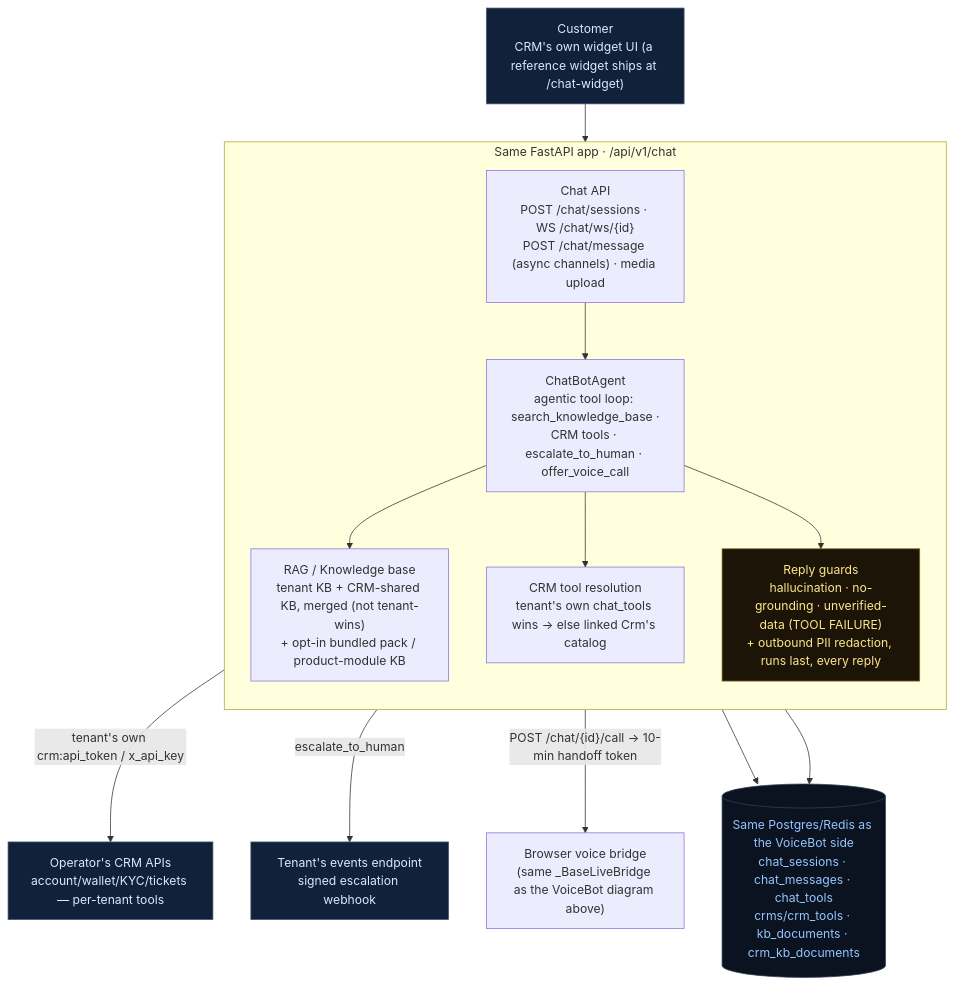
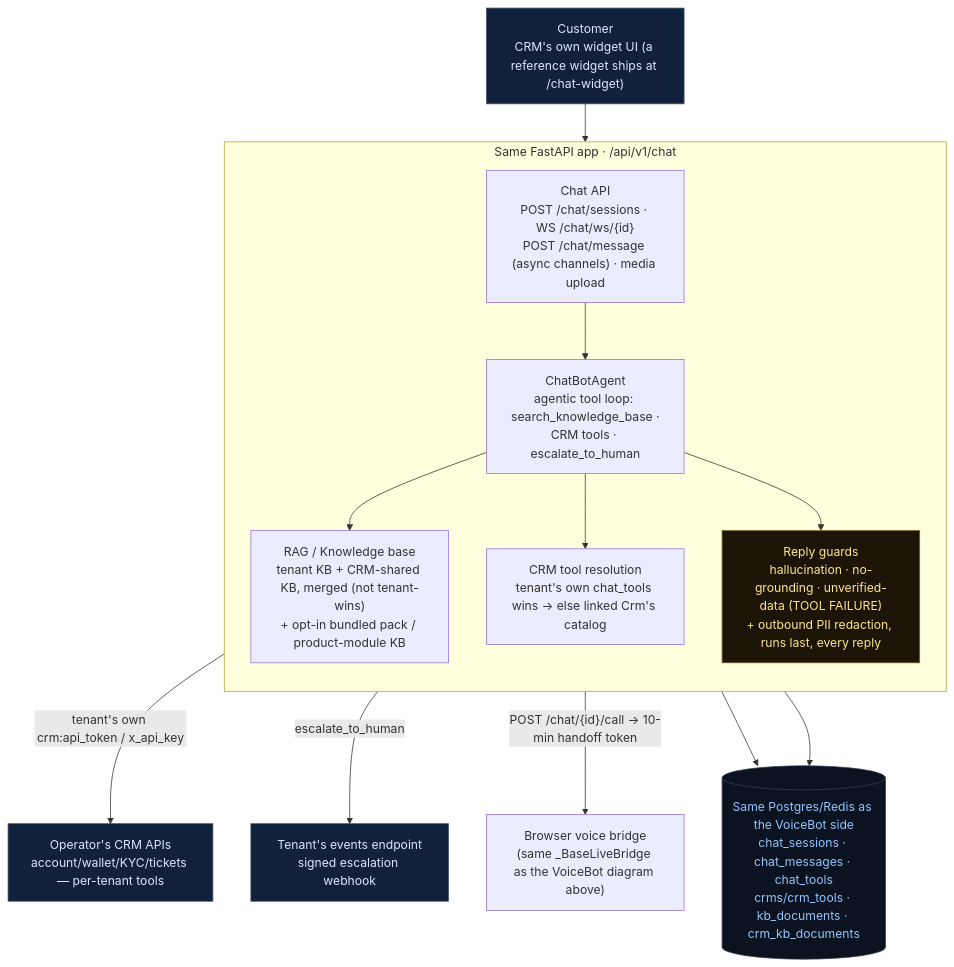
Before and after one commit to insidebeehive/indic_voice_and_chat: the second of 5 diagrams in docs/ARCHITECTURE.md, drawn with Mermaid. The commit also changed other lines of this file and 11 other files, not shown here.

First line of the commit message:
fix(chat): a customer's call request is escalated to a human, not offered a call

````diff
--- a/docs/ARCHITECTURE.md
+++ b/docs/ARCHITECTURE.md
@@ -87,33 +87,33 @@
 ```mermaid
 flowchart TB
   classDef ext   fill:#11213a,stroke:#3b5374,color:#dbe7ff;
   classDef store fill:#0b1220,stroke:#334155,color:#93c5fd;
   classDef note  fill:#1c1407,stroke:#7c5e1e,color:#fde68a;
 
   CUSTOMER["Customer<br/>CRM's own widget UI (a reference widget ships at /chat-widget)"]:::ext
   CRMAPI["Operator's CRM APIs<br/>account/wallet/KYC/tickets — per-tenant tools"]:::ext
   WEBHOOK["Tenant's events endpoint<br/>signed escalation webhook"]:::ext
   VOICEBRIDGE["Browser voice bridge<br/>(same _BaseLiveBridge as the VoiceBot diagram above)"]
 
   subgraph CHATAPP["Same FastAPI app · /api/v1/chat"]
     direction TB
     CHATAPI["Chat API<br/>POST /chat/sessions · WS /chat/ws/{id}<br/>POST /chat/message (async channels) · media upload"]
-    CHATAGENT["ChatBotAgent<br/>agentic tool loop: search_knowledge_base ·<br/>CRM tools · escalate_to_human · offer_voice_call"]
+    CHATAGENT["ChatBotAgent<br/>agentic tool loop: search_knowledge_base ·<br/>CRM tools · escalate_to_human"]
     KB["RAG / Knowledge base<br/>tenant KB + CRM-shared KB, merged (not tenant-wins)<br/>+ opt-in bundled pack / product-module KB"]
     TOOLRES["CRM tool resolution<br/>tenant's own chat_tools wins → else linked Crm's catalog"]
     GUARD["Reply guards<br/>hallucination · no-grounding · unverified-data (TOOL FAILURE)<br/>+ outbound PII redaction, runs last, every reply"]:::note
   end
 
   DATA2[("Same Postgres/Redis as the VoiceBot side<br/>chat_sessions · chat_messages · chat_tools<br/>crms/crm_tools · kb_documents · crm_kb_documents")]:::store
 
   CUSTOMER --> CHATAPI
   CHATAPI --> CHATAGENT
   CHATAGENT --> KB
   CHATAGENT --> TOOLRES
   TOOLRES -->|"tenant's own crm:api_token / x_api_key"| CRMAPI
   CHATAGENT --> GUARD
   CHATAGENT -->|"escalate_to_human"| WEBHOOK
   CHATAGENT -->|"POST /chat/{id}/call → 10-min handoff token"| VOICEBRIDGE
   CHATAGENT --> DATA2
   KB --> DATA2
 ```
````
